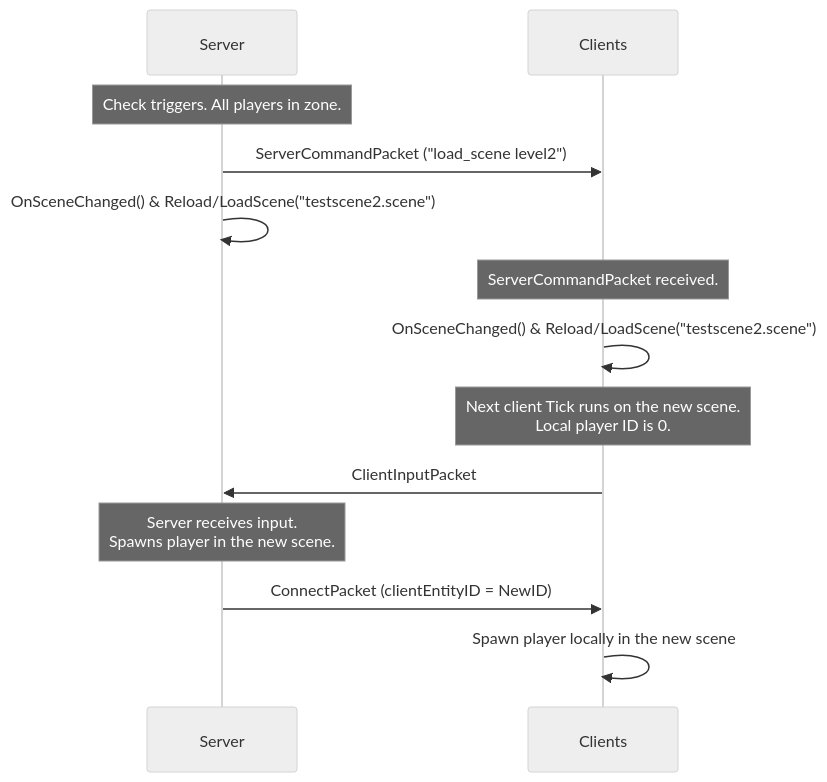
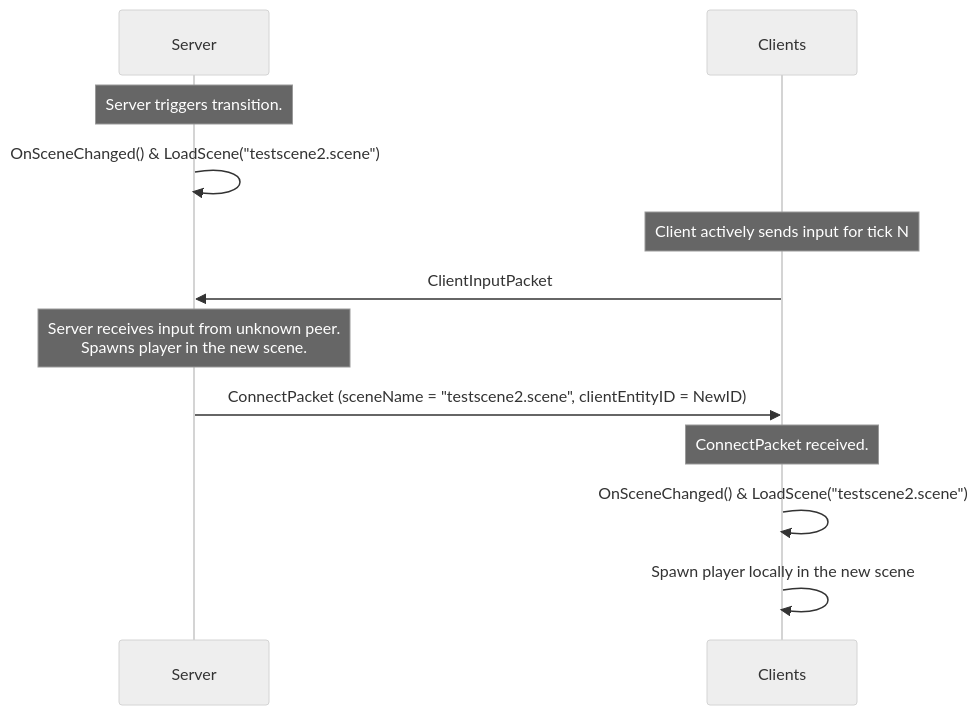
The diagram in documentation/multiplayer/architecture_physics_scenes.md (TregGG/ShawntyEngine), drawn with Mermaid (neutral theme) before and after one commit. The commit also changed other lines of this file and 2 other files, not shown here.

````diff
--- a/documentation/multiplayer/architecture_physics_scenes.md
+++ b/documentation/multiplayer/architecture_physics_scenes.md
@@ -113,15 +113,14 @@
 ```mermaid
 sequenceDiagram
     participant Server
     participant Clients
-    Note over Server: Check triggers. All players in zone.
-    Server->>Clients: ServerCommandPacket ("load_scene level2")
-    Server->>Server: OnSceneChanged() & Reload/LoadScene("testscene2.scene")
-    Note over Clients: ServerCommandPacket received.
-    Clients->>Clients: OnSceneChanged() & Reload/LoadScene("testscene2.scene")
-    Note over Clients: Next client Tick runs on the new scene.<br/>Local player ID is 0.
+    Note over Server: Server triggers transition.
+    Server->>Server: OnSceneChanged() & LoadScene("testscene2.scene")
+    Note over Clients: Client actively sends input for tick N
     Clients->>Server: ClientInputPacket
-    Note over Server: Server receives input.<br/>Spawns player in the new scene.
-    Server->>Clients: ConnectPacket (clientEntityID = NewID)
+    Note over Server: Server receives input from unknown peer.<br/>Spawns player in the new scene.
+    Server->>Clients: ConnectPacket (sceneName = "testscene2.scene", clientEntityID = NewID)
+    Note over Clients: ConnectPacket received.
+    Clients->>Clients: OnSceneChanged() & LoadScene("testscene2.scene")
     Clients->>Clients: Spawn player locally in the new scene
 ```
````
